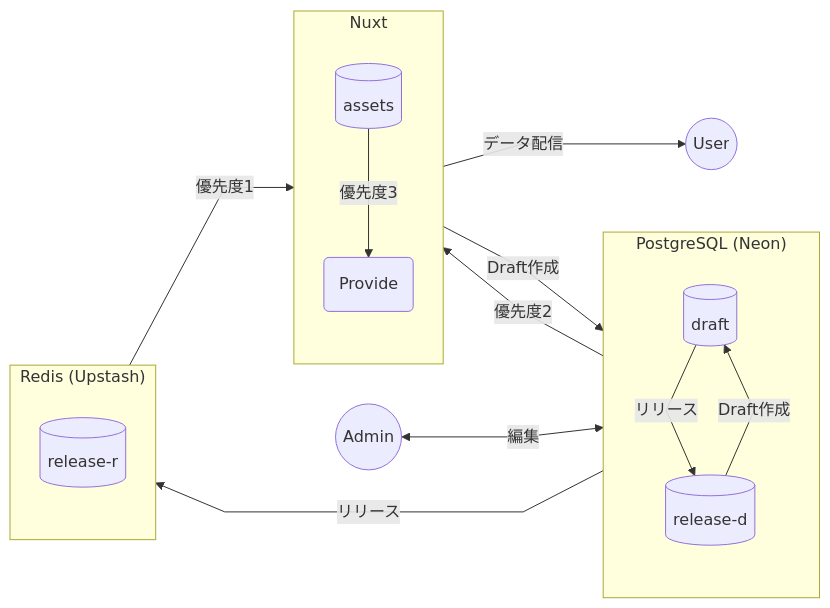
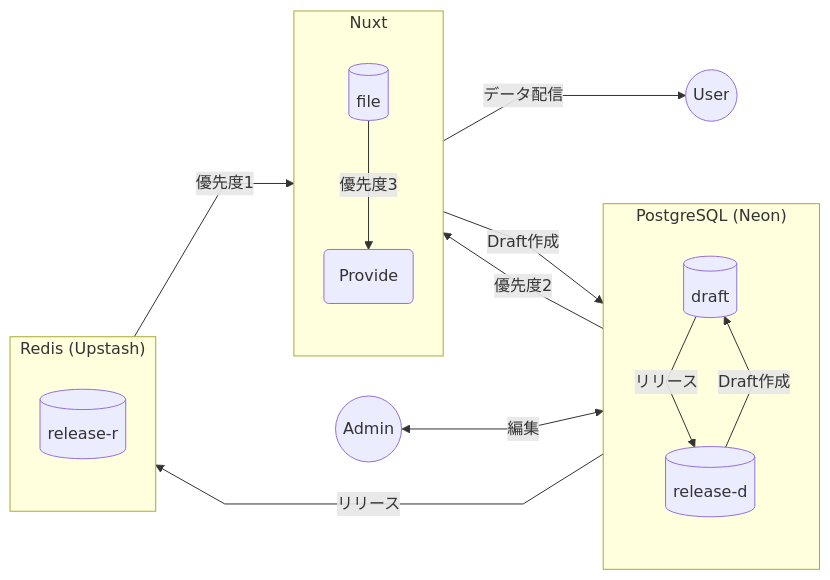
The first of 2 diagrams in Backend.md (nishi-developers/SchoolMaps), drawn with Mermaid before and after one commit. The commit also changed 3 other files, not shown here.

````diff
--- a/Backend.md
+++ b/Backend.md
@@ -12,39 +12,39 @@
 ```mermaid
 %%{ init: { "flowchart": { "curve": "linear", "nodeSpacing": 40, "rankSpacing": 80 } } }%%
 flowchart LR
 
 %% セクション
 subgraph Nuxt
   direction TB
-  N_assets[(assets)]
+  N_file[(file)]
   N_provider(Provide)
 end
 
 subgraph DB["PostgreSQL (Neon)"]
   direction TB
   D_draft[(draft)]
   D_release[(release-d)]
 end
 
 subgraph Redis["Redis (Upstash)"]
   direction TB
   R_release[(release-r)]
 end
 
 %% 外部
 U((User))
 A((Admin))
 
 %% フロー
-N_assets --Draft作成--> D_draft
+N_file --Draft作成--> D_draft
 D_release --Draft作成--> D_draft 
 D_draft --リリース--> D_release
 D_draft --リリース--> R_release
 
 R_release --優先度1--> N_provider
 D_release --優先度2--> N_provider
-N_assets --優先度3--> N_provider
+N_file --優先度3--> N_provider
 N_provider --データ配信--> U
 
 A <--編集--> D_draft
 ```
````
